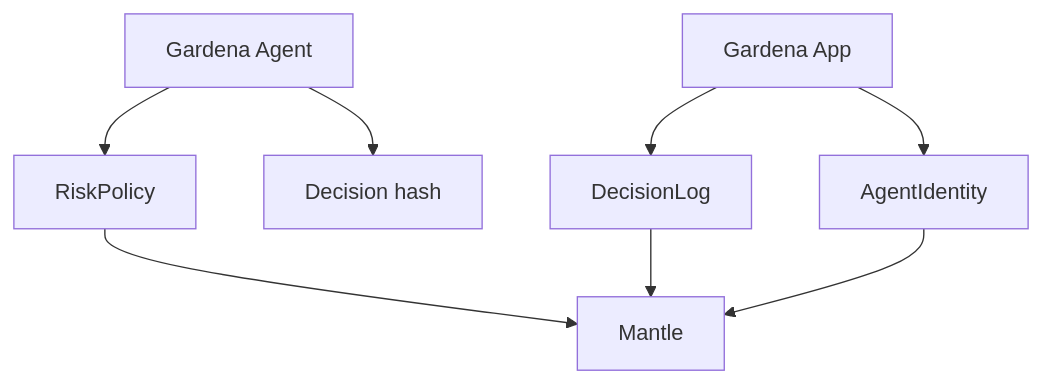
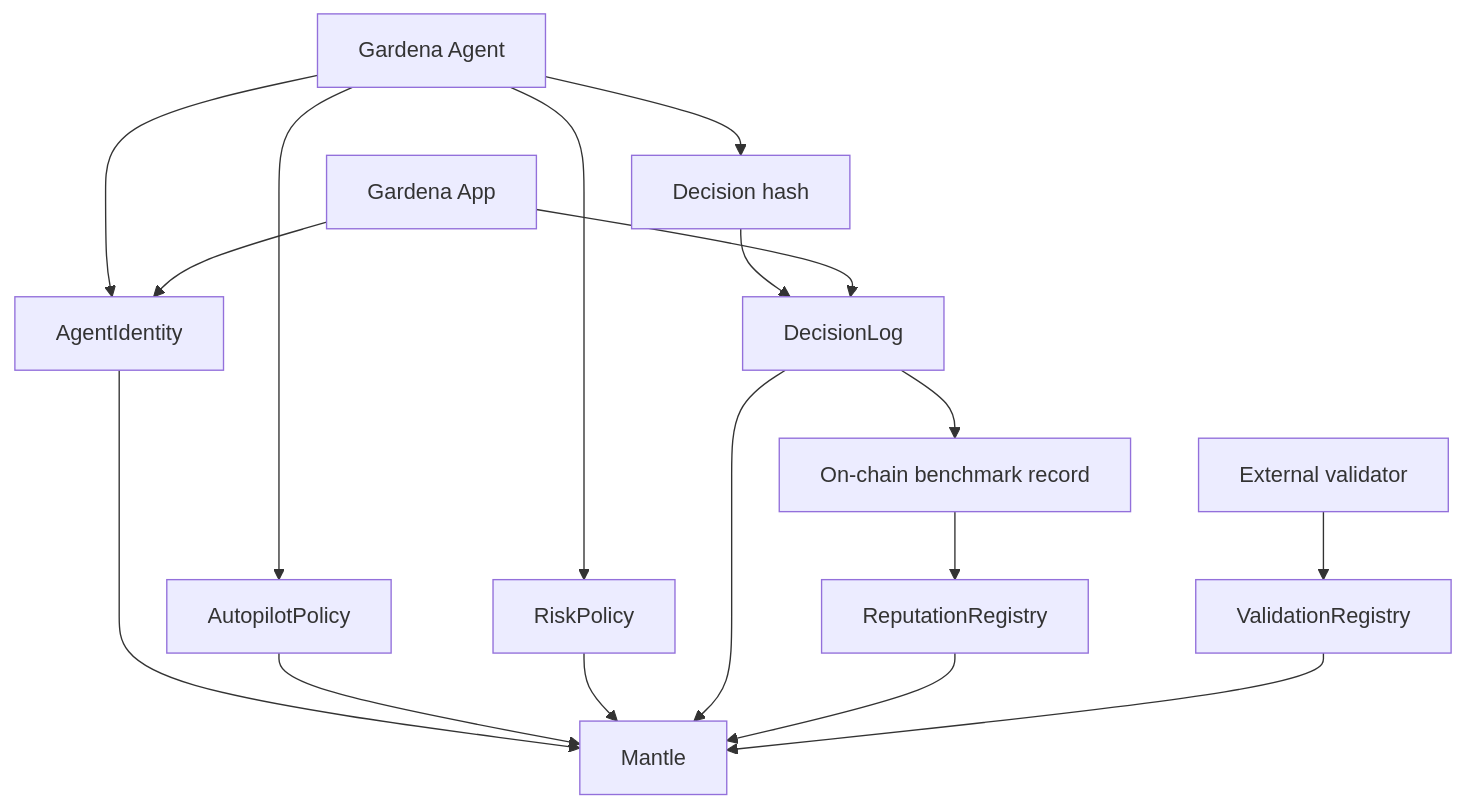
The first of 2 diagrams in README.md (Gardenaz/contracts), drawn with Mermaid before and after one commit. The commit also changed other lines of this file, not shown here.

````diff
--- a/README.md
+++ b/README.md
@@ -70,10 +103,19 @@
 ```mermaid
 flowchart TD
-    Agent[Gardena Agent] --> Policy[RiskPolicy]
+    Agent[Gardena Agent] --> Identity[AgentIdentity]
+    Agent --> AutoPolicy[AutopilotPolicy]
+    Agent --> Risk[RiskPolicy]
     Agent --> Hash[Decision hash]
-    App[Gardena App] --> Log[DecisionLog]
-    App --> Identity[AgentIdentity]
-    Policy --> Chain[Mantle]
-    Log --> Chain
-    Identity --> Chain
+    Hash --> Log[DecisionLog]
+    Log --> Bench[On-chain benchmark record]
+    Bench --> Reputation[ReputationRegistry]
+    Validator[External validator] --> Validation[ValidationRegistry]
+    App[Gardena App] --> Log
+    App --> Identity
+    Identity --> Mantle[Mantle]
+    AutoPolicy --> Mantle
+    Risk --> Mantle
+    Log --> Mantle
+    Reputation --> Mantle
+    Validation --> Mantle
 ```
````
